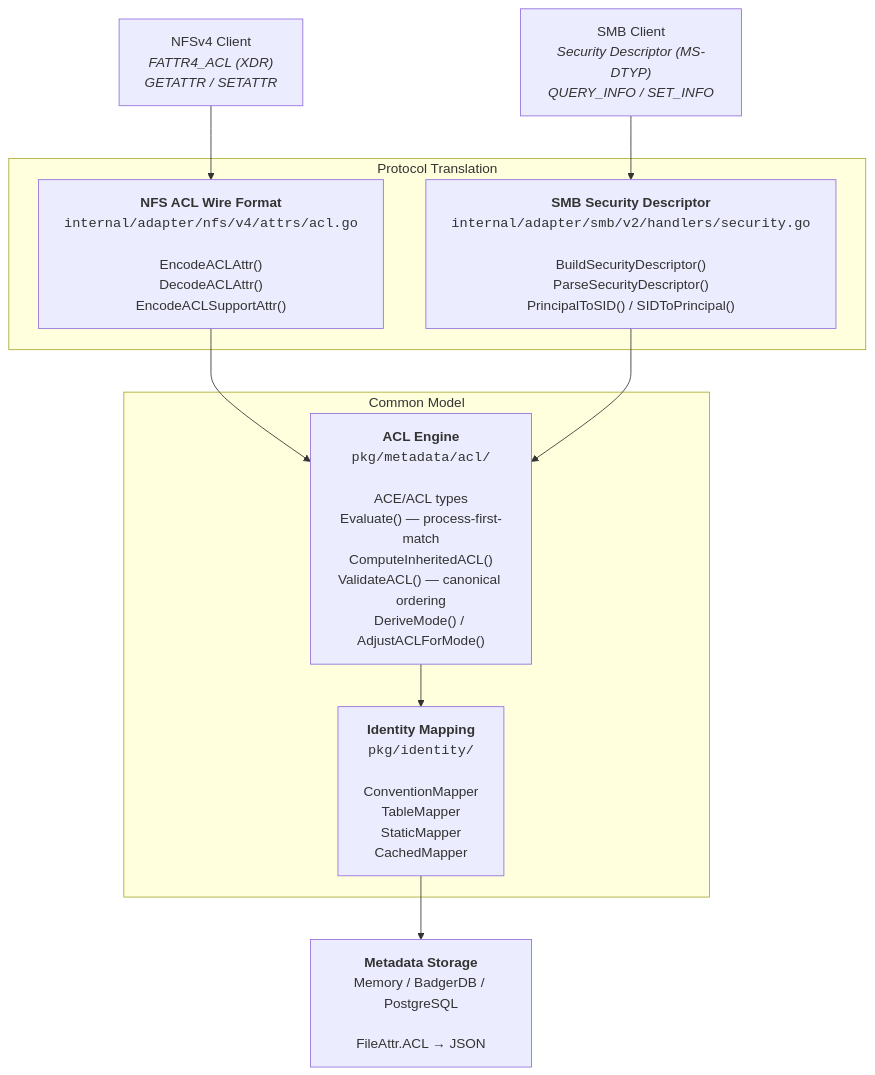
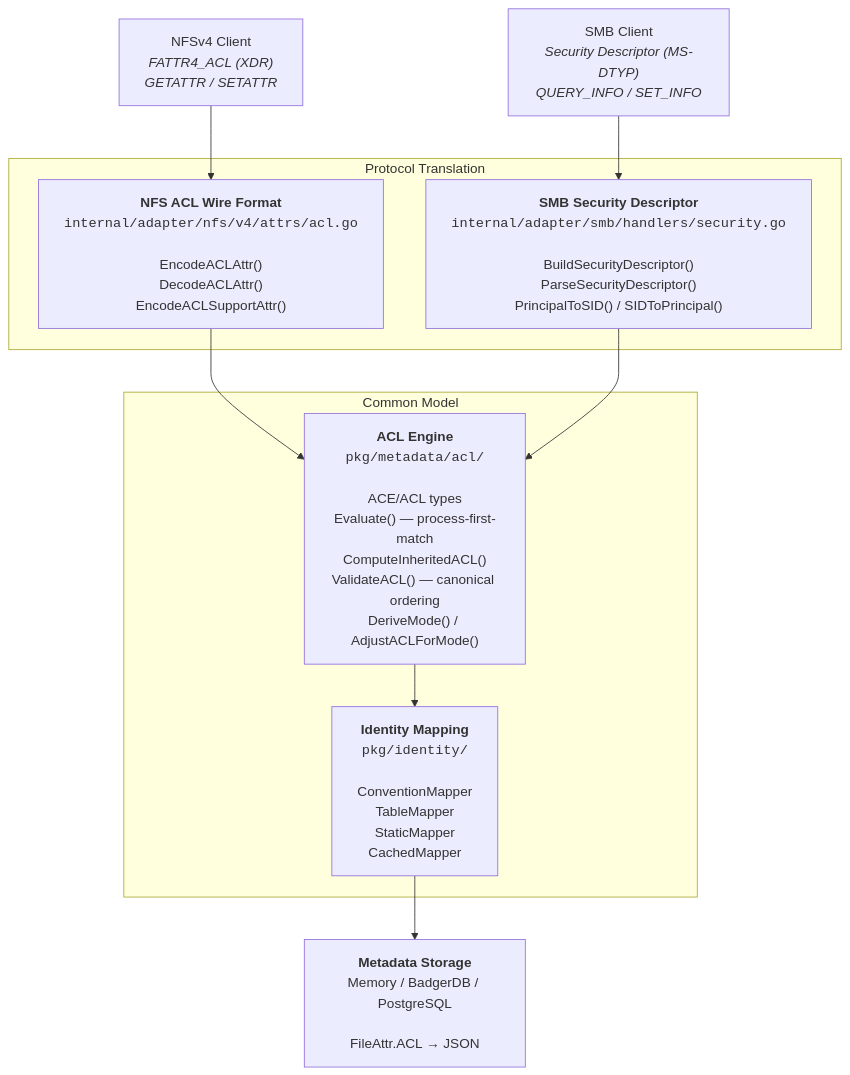
The diagram in docs/ACLS.md (esignoretti/dittofs), drawn with Mermaid before and after one commit. The commit also changed other lines of this file and 143 other files, not shown here.

First line of the commit message:
refactor(smb): collapse internal/adapter/smb/v2/handlers → internal/adapter/smb/handlers (#674) (#984)

````diff
--- a/docs/ACLS.md
+++ b/docs/ACLS.md
@@ -7,25 +7,25 @@
 ```mermaid
 graph TB
     NFS["NFSv4 Client<br/><i>FATTR4_ACL (XDR)</i><br/><i>GETATTR / SETATTR</i>"]
     SMB["SMB Client<br/><i>Security Descriptor (MS-DTYP)</i><br/><i>QUERY_INFO / SET_INFO</i>"]
 
     NFS --> NFSWIRE
     SMB --> SMBWIRE
 
     subgraph "Protocol Translation"
         NFSWIRE["<b>NFS ACL Wire Format</b><br/><code>internal/adapter/nfs/v4/attrs/acl.go</code><br/><br/>EncodeACLAttr()<br/>DecodeACLAttr()<br/>EncodeACLSupportAttr()"]
-        SMBWIRE["<b>SMB Security Descriptor</b><br/><code>internal/adapter/smb/v2/handlers/security.go</code><br/><br/>BuildSecurityDescriptor()<br/>ParseSecurityDescriptor()<br/>PrincipalToSID() / SIDToPrincipal()"]
+        SMBWIRE["<b>SMB Security Descriptor</b><br/><code>internal/adapter/smb/handlers/security.go</code><br/><br/>BuildSecurityDescriptor()<br/>ParseSecurityDescriptor()<br/>PrincipalToSID() / SIDToPrincipal()"]
     end
 
     NFSWIRE --> ACL
     SMBWIRE --> ACL
 
     subgraph "Common Model"
         ACL["<b>ACL Engine</b><br/><code>pkg/metadata/acl/</code><br/><br/>ACE/ACL types<br/>Evaluate() — process-first-match<br/>ComputeInheritedACL()<br/>ValidateACL() — canonical ordering<br/>DeriveMode() / AdjustACLForMode()"]
         IDENTITY["<b>Identity Mapping</b><br/><code>pkg/identity/</code><br/><br/>ConventionMapper<br/>TableMapper<br/>StaticMapper<br/>CachedMapper"]
     end
 
     ACL --> IDENTITY
 
     IDENTITY --> STORAGE["<b>Metadata Storage</b><br/>Memory / BadgerDB / PostgreSQL<br/><br/>FileAttr.ACL → JSON"]
 ```
````
